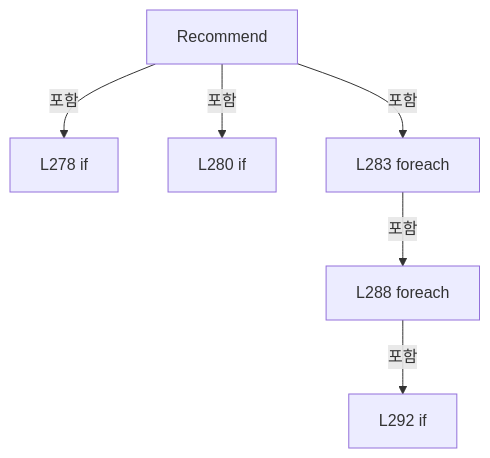
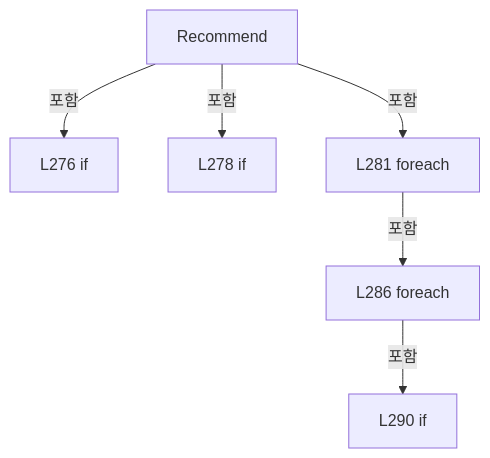
Diagram 16 of 16 in A3 LD Code Ref/files/Drilling.Common/Correction/CDefaultOffsetCalibration.cs.md (kjuws10-rgb/Shared), drawn with Mermaid before and after one commit. The commit also changed other lines of this file and 2071 other files, not shown here.

Commit message:
docs(a3): update 11.19.0 architecture and code reference

````diff
--- a/A3 LD Code Ref/files/Drilling.Common/Correction/CDefaultOffsetCalibration.cs.md
+++ b/A3 LD Code Ref/files/Drilling.Common/Correction/CDefaultOffsetCalibration.cs.md
@@ -1793,14 +1793,14 @@
 ```mermaid
 flowchart TD
  M["Recommend"]
- N0["L278 if"]
+ N0["L276 if"]
  M -->|포함| N0
- N1["L280 if"]
+ N1["L278 if"]
  M -->|포함| N1
- N2["L283 foreach"]
+ N2["L281 foreach"]
  M -->|포함| N2
- N3["L288 foreach"]
+ N3["L286 foreach"]
  N2 -->|포함| N3
- N4["L292 if"]
+ N4["L290 if"]
  N3 -->|포함| N4
 ```
````
